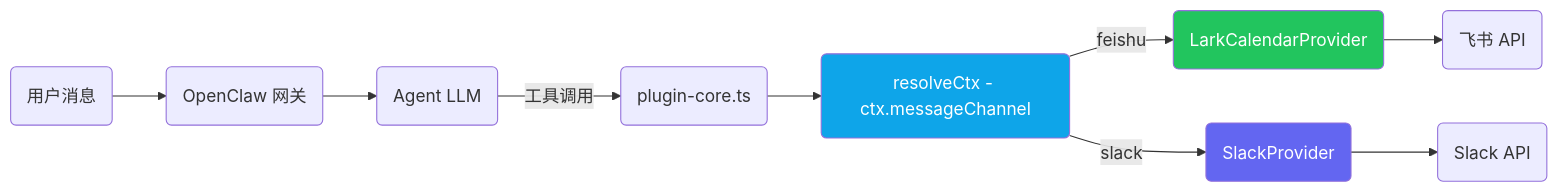
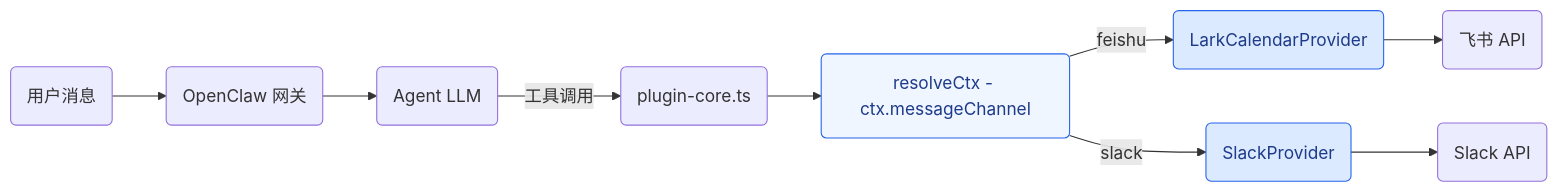
Before and after one commit to javana3/claw_meeting_all: the eighth of 13 diagrams in README.zh-CN.md, drawn with Mermaid. The commit also changed other lines of this file and 3 other files, not shown here.

````diff
--- a/README.zh-CN.md
+++ b/README.zh-CN.md
@@ -270,15 +270,15 @@
 ```mermaid
 graph LR
     MSG(用户消息) --> GW(OpenClaw 网关)
     GW --> AGENT(Agent LLM)
     AGENT -->|工具调用| CORE(plugin-core.ts)
     CORE --> CTX(resolveCtx - ctx.messageChannel)
     CTX -->|feishu| LP(LarkCalendarProvider)
     CTX -->|slack| SP(SlackProvider)
     LP --> LAPI(飞书 API)
     SP --> SAPI(Slack API)
 
-    style CTX fill:#0ea5e9,color:#fff
-    style LP fill:#22c55e,color:#fff
-    style SP fill:#6366f1,color:#fff
+    style CTX fill:#eff6ff,stroke:#2563eb,color:#1e3a8a
+    style LP fill:#dbeafe,stroke:#2563eb,color:#1e3a8a
+    style SP fill:#dbeafe,stroke:#2563eb,color:#1e3a8a
 ```
````
